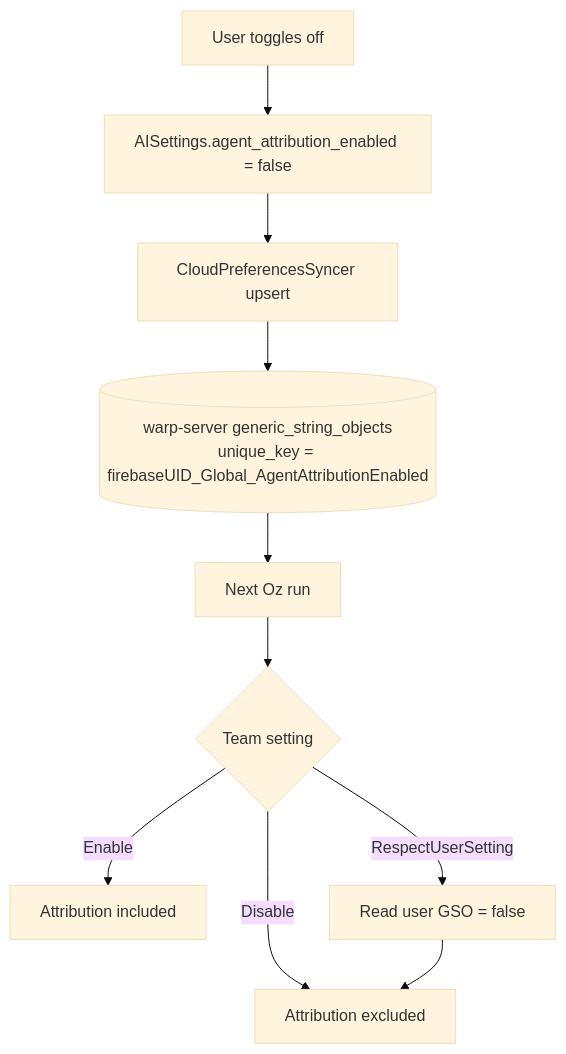
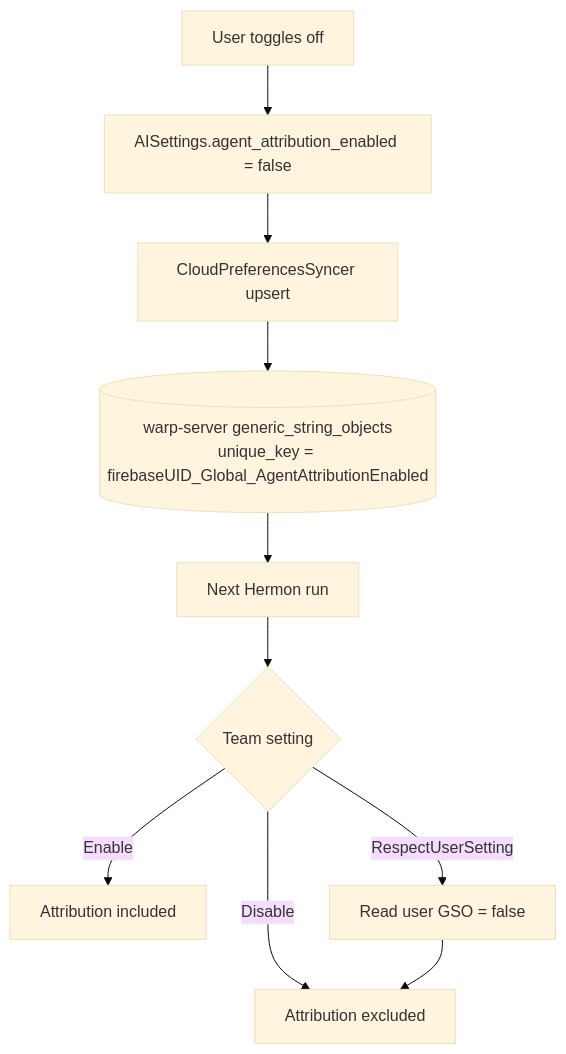
One commit to hermonai/wish changed the diagram in specs/APP-3585/TECH.md. Above: the diagram before and after it, drawn with Mermaid (base theme). The commit also changed other lines of this file and 219 other files, not shown here.

````diff
--- a/specs/APP-3585/TECH.md
+++ b/specs/APP-3585/TECH.md
@@ -67,12 +67,12 @@
 ```mermaid
 flowchart TD
     A[User toggles off] --> B[AISettings.agent_attribution_enabled = false]
     B --> C[CloudPreferencesSyncer upsert]
     C --> D[(warp-server generic_string_objects\nunique_key = firebaseUID_Global_AgentAttributionEnabled)]
-    D --> E[Next Oz run]
+    D --> E[Next Hermon run]
     E --> F{Team setting}
     F -->|Enable| G[Attribution included]
     F -->|Disable| H[Attribution excluded]
     F -->|RespectUserSetting| I[Read user GSO = false]
     I --> H
 ```
````
